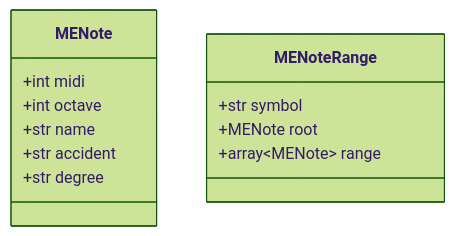
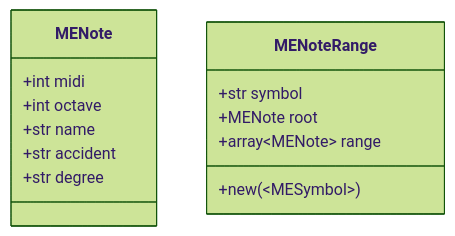
One commit to iamsiriil/sc_musicengine changed the diagram in README.md. Above: the diagram before and after it, drawn with Mermaid (forest theme).

````diff
--- a/README.md
+++ b/README.md
@@ -1,16 +1,17 @@
 ```mermaid
 classDiagram
     class MENote {
         +int midi
         +int octave
         +str name
         +str accident
         +str degree
     }
 
     class MENoteRange {
         +str symbol
         +MENote root
         +array~MENote~ range
+        +new(~MESymbol~)
     }
 ```
````
